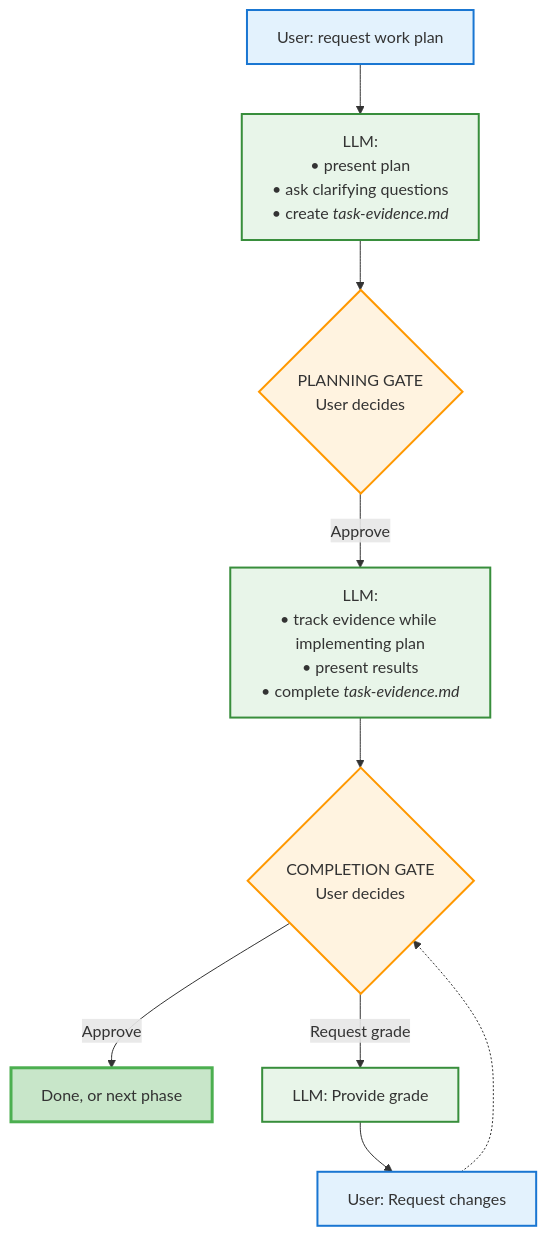
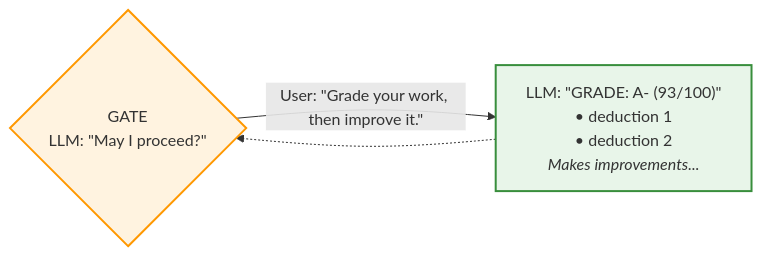
One commit to binaryphile/tandem-protocol changed the second of 3 diagrams in README.md. Above: the diagram before and after it, drawn with Mermaid. The commit also changed other lines of this file, not shown here.

First line of the commit message:
Overhaul README diagrams and documentation

````diff
--- a/README.md
+++ b/README.md
@@ -178,20 +172,8 @@
 ```mermaid
-flowchart TD
-    START["User: request work plan"] --> P1["LLM:<br/>• present plan<br/>• ask clarifying questions<br/>• create <i>task-evidence.md</i>"]
-    P1 --> G1{"PLANNING GATE<br/>User decides"}
-    G1 -->|Approve| IMPL["LLM:<br/>• track evidence while implementing plan<br/>• present results<br/>• complete <i>task-evidence.md</i>"]
-    IMPL --> G2{"COMPLETION GATE<br/>User decides"}
-    G2 -->|Approve| DONE["Done, or next phase"]
-    G2 -->|Request grade| GRADE["LLM: Provide grade"]
-    GRADE --> IMP["User: Request changes"]
-    IMP -.-> G2
+flowchart LR
+    GATE{"GATE<br/>LLM: &quot;May I proceed?&quot;"} -->|"User: &quot;Grade your work, then improve it.&quot;"| GRADE["LLM: &quot;GRADE: A- (93/100)&quot;<br/>• deduction 1<br/>• deduction 2<br/><i>Makes improvements...</i>"]
+    GRADE -.-> GATE
 
-    style START fill:#e3f2fd,stroke:#1976d2,stroke-width:2px
-    style P1 fill:#e8f5e9,stroke:#388e3c,stroke-width:2px
-    style IMPL fill:#e8f5e9,stroke:#388e3c,stroke-width:2px
+    style GATE fill:#fff3e0,stroke:#ff9800,stroke-width:2px
     style GRADE fill:#e8f5e9,stroke:#388e3c,stroke-width:2px
-    style IMP fill:#e3f2fd,stroke:#1976d2,stroke-width:2px
-    style G1 fill:#fff3e0,stroke:#ff9800,stroke-width:2px
-    style G2 fill:#fff3e0,stroke:#ff9800,stroke-width:2px
-    style DONE fill:#c8e6c9,stroke:#4caf50,stroke-width:3px
 ```
````
